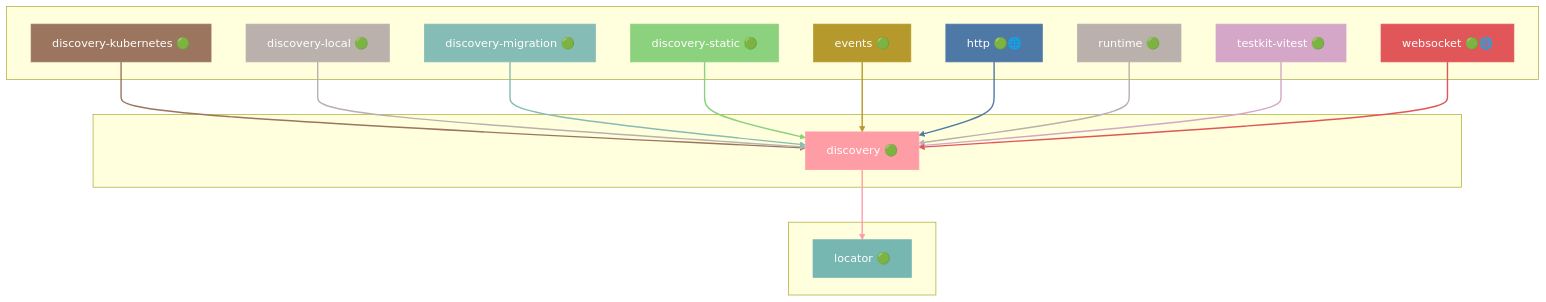
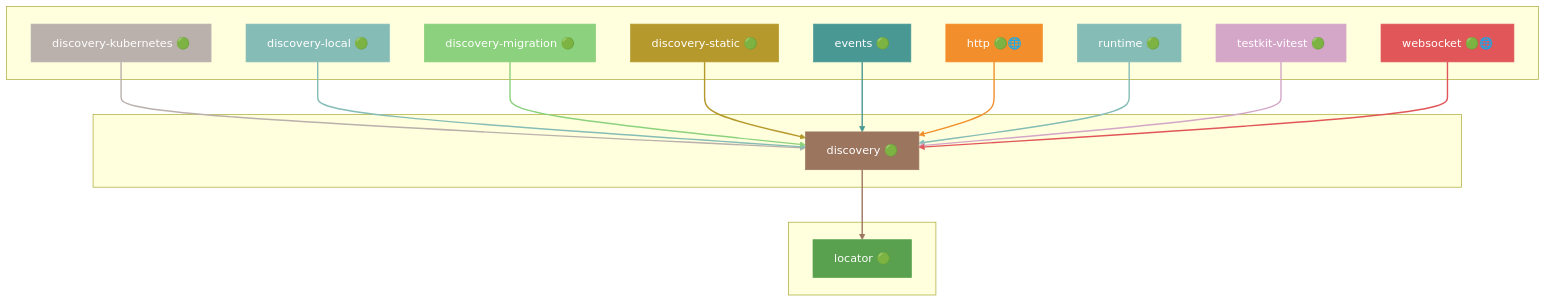
The tenth of 41 diagrams in docs/DEPENDENCIES.md (grest-ts/grest-ts), drawn with Mermaid before and after one commit. The commit also changed other lines of this file and 29 other files, not shown here.

````diff
--- a/docs/DEPENDENCIES.md
+++ b/docs/DEPENDENCIES.md
@@ -629,51 +639,51 @@
 ```mermaid
 flowchart TB
     subgraph Dependents[" "]
         discovery-kubernetes["discovery-kubernetes 🟢"]
         discovery-local["discovery-local 🟢"]
         discovery-migration["discovery-migration 🟢"]
         discovery-static["discovery-static 🟢"]
         events["events 🟢"]
         http["http 🟢🌐"]
         runtime["runtime 🟢"]
         testkit-vitest["testkit-vitest 🟢"]
         websocket["websocket 🟢🌐"]
     end
     subgraph Package[" "]
         discovery["discovery 🟢"]
     end
     subgraph Dependencies[" "]
         locator["locator 🟢"]
     end
     discovery-kubernetes --> discovery
     discovery-local --> discovery
     discovery-migration --> discovery
     discovery-static --> discovery
     events --> discovery
     http --> discovery
     runtime --> discovery
     testkit-vitest --> discovery
     websocket --> discovery
     discovery --> locator
-    style discovery fill:#FF9DA7,stroke:#FF9DA7,color:#fff
-    style discovery-kubernetes fill:#9C755F,stroke:#9C755F,color:#fff
-    style discovery-local fill:#BAB0AC,stroke:#BAB0AC,color:#fff
-    style discovery-migration fill:#86BCB6,stroke:#86BCB6,color:#fff
-    style discovery-static fill:#8CD17D,stroke:#8CD17D,color:#fff
-    style events fill:#B6992D,stroke:#B6992D,color:#fff
-    style http fill:#4E79A7,stroke:#4E79A7,color:#fff
-    style runtime fill:#BAB0AC,stroke:#BAB0AC,color:#fff
+    style discovery fill:#9C755F,stroke:#9C755F,color:#fff
+    style discovery-kubernetes fill:#BAB0AC,stroke:#BAB0AC,color:#fff
+    style discovery-local fill:#86BCB6,stroke:#86BCB6,color:#fff
+    style discovery-migration fill:#8CD17D,stroke:#8CD17D,color:#fff
+    style discovery-static fill:#B6992D,stroke:#B6992D,color:#fff
+    style events fill:#499894,stroke:#499894,color:#fff
+    style http fill:#F28E2B,stroke:#F28E2B,color:#fff
+    style runtime fill:#86BCB6,stroke:#86BCB6,color:#fff
     style testkit-vitest fill:#D4A6C8,stroke:#D4A6C8,color:#fff
     style websocket fill:#E15759,stroke:#E15759,color:#fff
-    style locator fill:#76B7B2,stroke:#76B7B2,color:#fff
-    linkStyle 0 stroke:#9C755F,stroke-width:2px
-    linkStyle 1 stroke:#BAB0AC,stroke-width:2px
-    linkStyle 2 stroke:#86BCB6,stroke-width:2px
-    linkStyle 3 stroke:#8CD17D,stroke-width:2px
-    linkStyle 4 stroke:#B6992D,stroke-width:2px
-    linkStyle 5 stroke:#4E79A7,stroke-width:2px
-    linkStyle 6 stroke:#BAB0AC,stroke-width:2px
+    style locator fill:#59A14F,stroke:#59A14F,color:#fff
+    linkStyle 0 stroke:#BAB0AC,stroke-width:2px
+    linkStyle 1 stroke:#86BCB6,stroke-width:2px
+    linkStyle 2 stroke:#8CD17D,stroke-width:2px
+    linkStyle 3 stroke:#B6992D,stroke-width:2px
+    linkStyle 4 stroke:#499894,stroke-width:2px
+    linkStyle 5 stroke:#F28E2B,stroke-width:2px
+    linkStyle 6 stroke:#86BCB6,stroke-width:2px
     linkStyle 7 stroke:#D4A6C8,stroke-width:2px
     linkStyle 8 stroke:#E15759,stroke-width:2px
-    linkStyle 9 stroke:#FF9DA7,stroke-width:2px
+    linkStyle 9 stroke:#9C755F,stroke-width:2px
 ```
````
